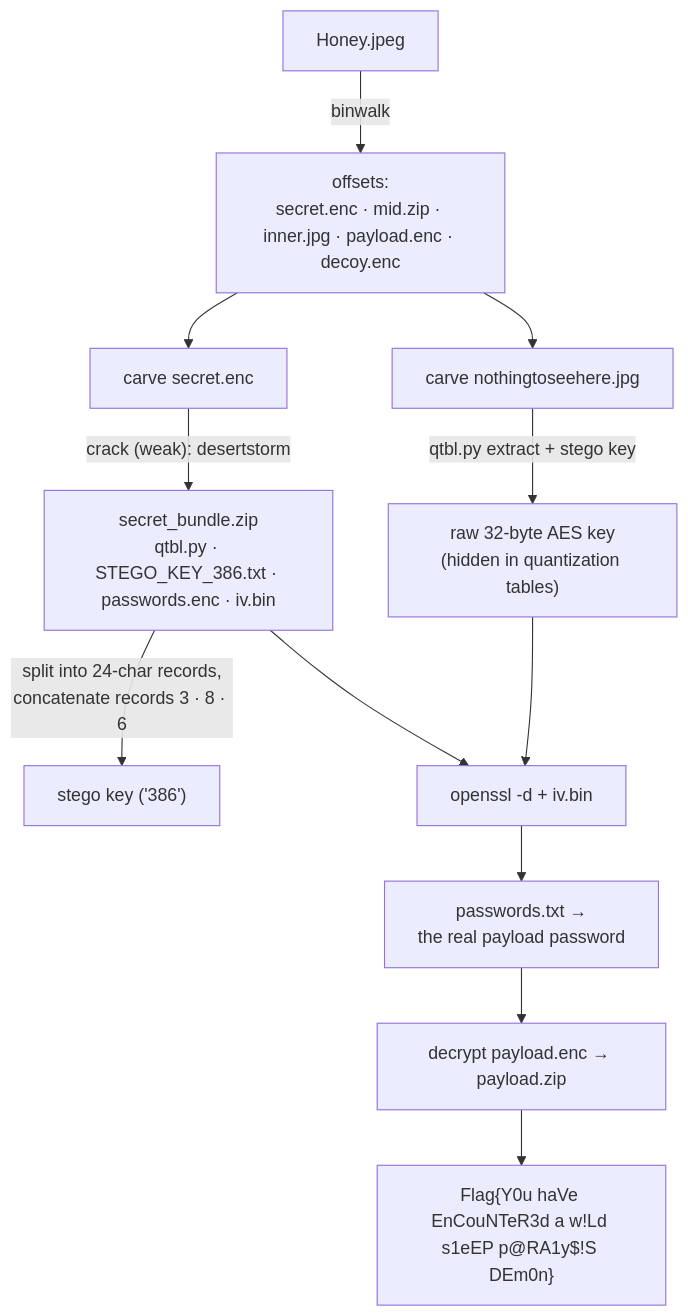
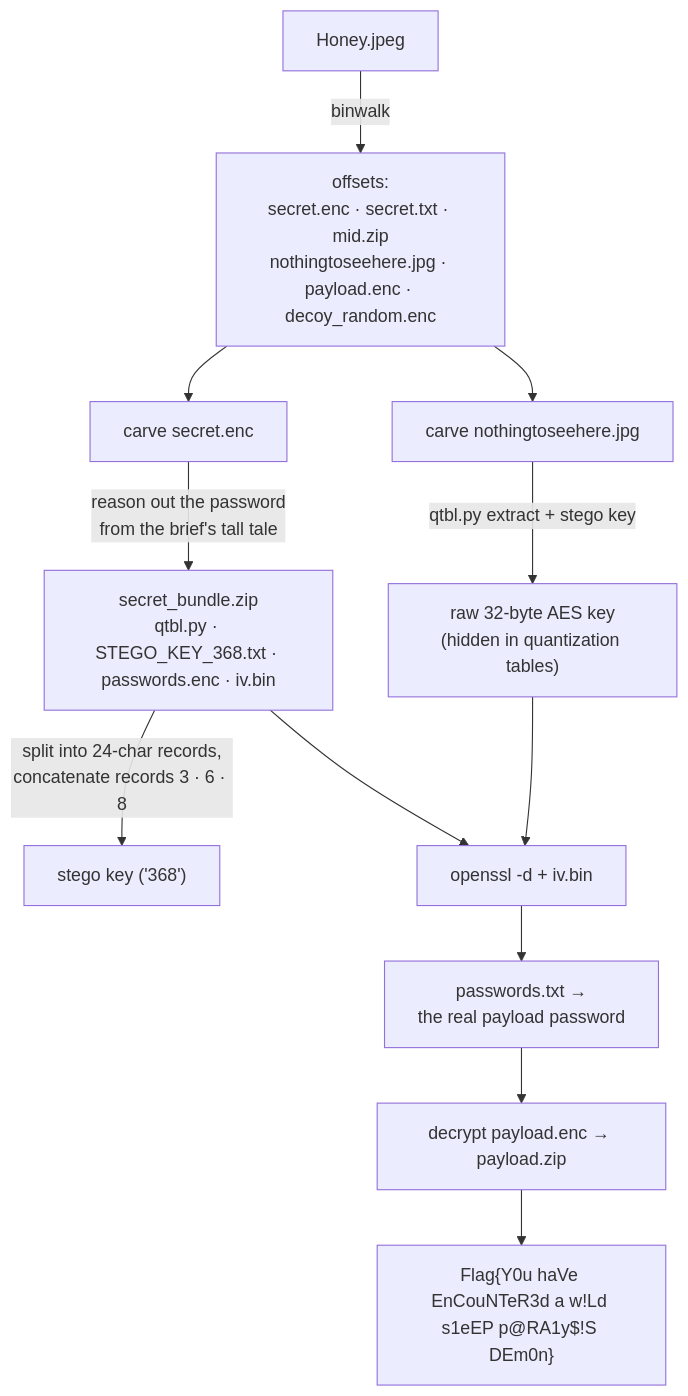
The diagram in src/content/readmes/steganography-ctf/lvl-3.md (jdtherobot/jdtherobot.github.io), drawn with Mermaid before and after one commit. The commit also changed other lines of this file, not shown here.

Commit message:
Stego lvl 3: 368 key order, reasoned password, canonical six-payload carve

````diff
--- a/src/content/readmes/steganography-ctf/lvl-3.md
+++ b/src/content/readmes/steganography-ctf/lvl-3.md
@@ -17,14 +18,14 @@
 ```mermaid
 flowchart TD
-  H["Honey.jpeg"] -->|binwalk| OFF["offsets:<br/>secret.enc · mid.zip · inner.jpg · payload.enc · decoy.enc"]
+  H["Honey.jpeg"] -->|binwalk| OFF["offsets:<br/>secret.enc · secret.txt · mid.zip<br/>nothingtoseehere.jpg · payload.enc · decoy_random.enc"]
   OFF --> SE["carve secret.enc"]
-  SE -->|"crack (weak): desertstorm"| BUN["secret_bundle.zip<br/>qtbl.py · STEGO_KEY_386.txt · passwords.enc · iv.bin"]
-  BUN -->|"split into 24-char records,<br/>concatenate records 3 · 8 · 6"| KB["stego key ('386')"]
+  SE -->|"reason out the password<br/>from the brief's tall tale"| BUN["secret_bundle.zip<br/>qtbl.py · STEGO_KEY_368.txt · passwords.enc · iv.bin"]
+  BUN -->|"split into 24-char records,<br/>concatenate records 3 · 6 · 8"| KB["stego key ('368')"]
   OFF --> NJ["carve nothingtoseehere.jpg"]
   NJ -->|"qtbl.py extract + stego key"| AK["raw 32-byte AES key<br/>(hidden in quantization tables)"]
   AK --> DP["openssl -d + iv.bin"]
   BUN --> DP
   DP --> PW["passwords.txt →<br/>the real payload password"]
   PW --> PL["decrypt payload.enc → payload.zip"]
   PL --> FLAG["Flag{Y0u haVe EnCouNTeR3d a w!Ld s1eEP p@RA1y$!S DEm0n}"]
 ```
````
